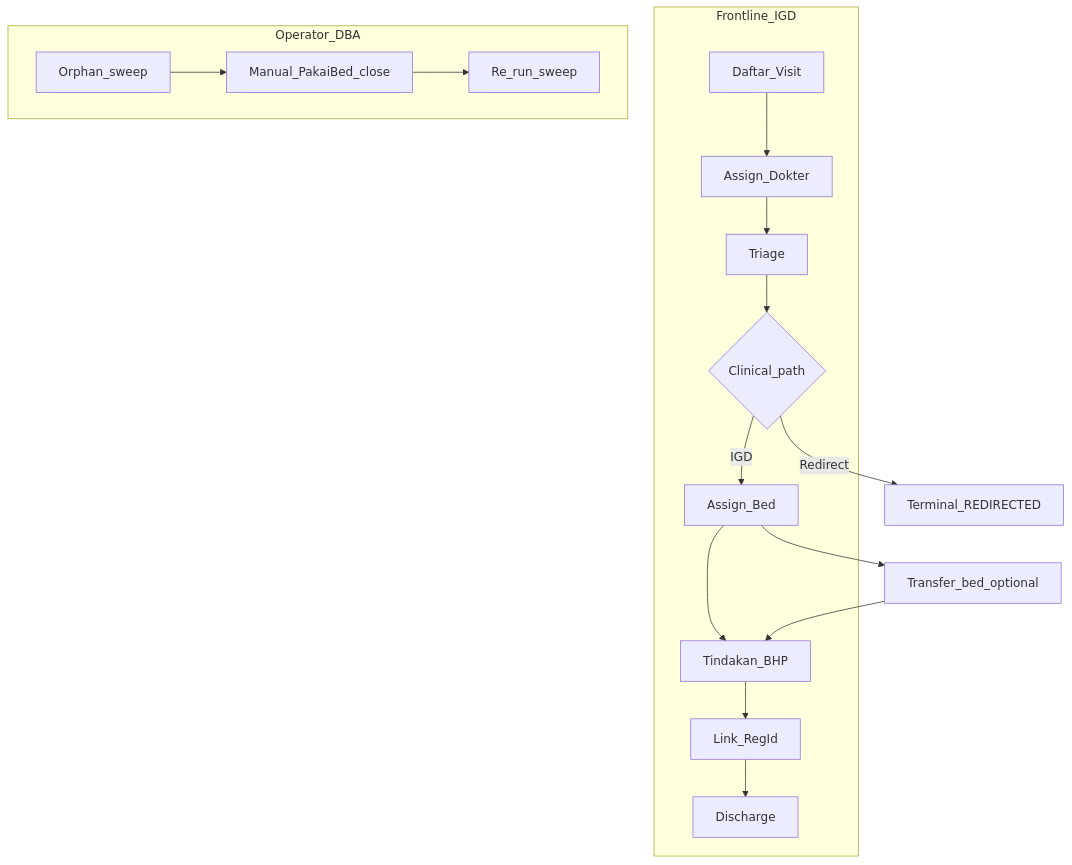
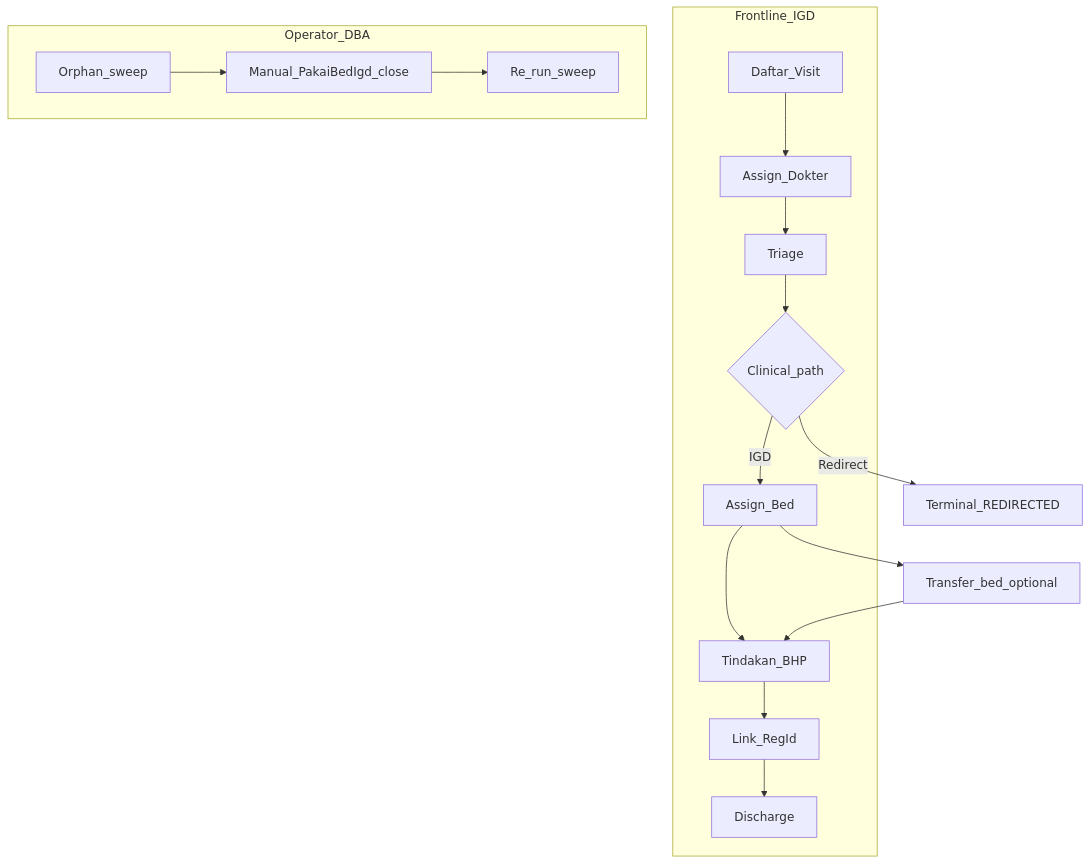
Before and after one commit to smart-ics/b09-bilreg-api: the diagram in docs/contexts/igd/igd-05-runbook.md, drawn with Mermaid. The commit also changed other lines of this file and 32 other files, not shown here.

Commit message:
Ubah terminologi PakaiBed di IGD menjadi PakaiBedIgd. Tujuannya agar tidak salah pengertian dengan PakaiBed Rawat Inap

````diff
--- a/docs/contexts/igd/igd-05-runbook.md
+++ b/docs/contexts/igd/igd-05-runbook.md
@@ -35,25 +35,25 @@
 ```mermaid
 flowchart TD
     subgraph staff [Frontline_IGD]
         S1[Daftar_Visit]
         S2[Assign_Dokter]
         S3[Triage]
         S4{Clinical_path}
         S5[Assign_Bed]
         S6[Tindakan_BHP]
         S7[Link_RegId]
         S8[Discharge]
     end
     subgraph dba [Operator_DBA]
         D1[Orphan_sweep]
-        D2[Manual_PakaiBed_close]
+        D2[Manual_PakaiBedIgd_close]
         D3[Re_run_sweep]
     end
     S1 --> S2 --> S3 --> S4
     S4 -->|Redirect| R[Terminal_REDIRECTED]
         S4 -->|IGD| S5 --> S6
         S5 --> S5b[Transfer_bed_optional]
         S5b --> S6
         S6 --> S7 --> S8
     D1 --> D2 --> D3
 ```
````
